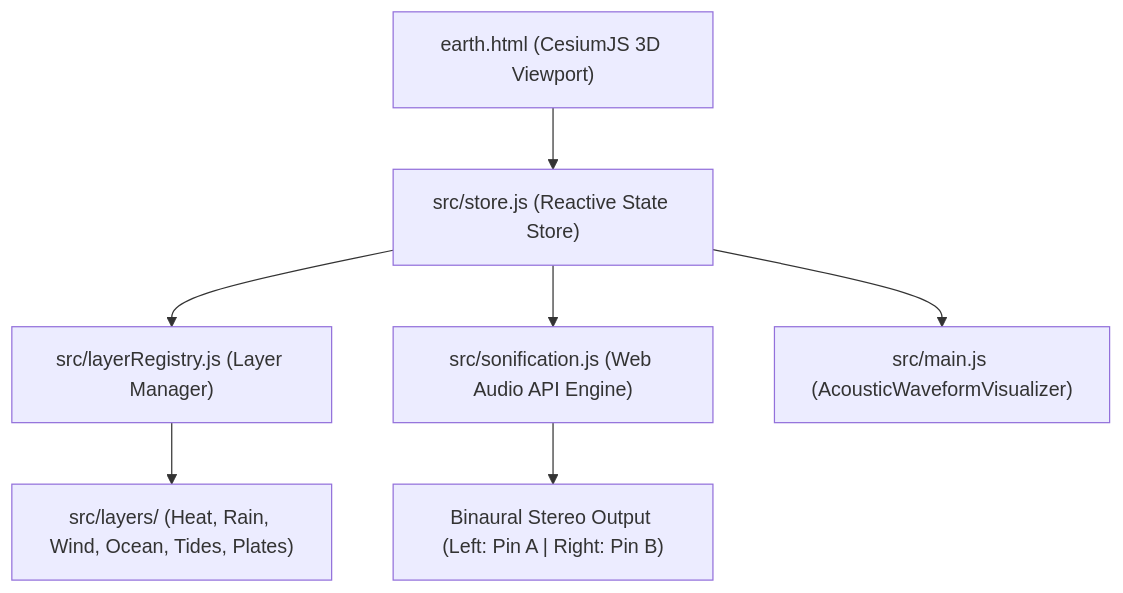
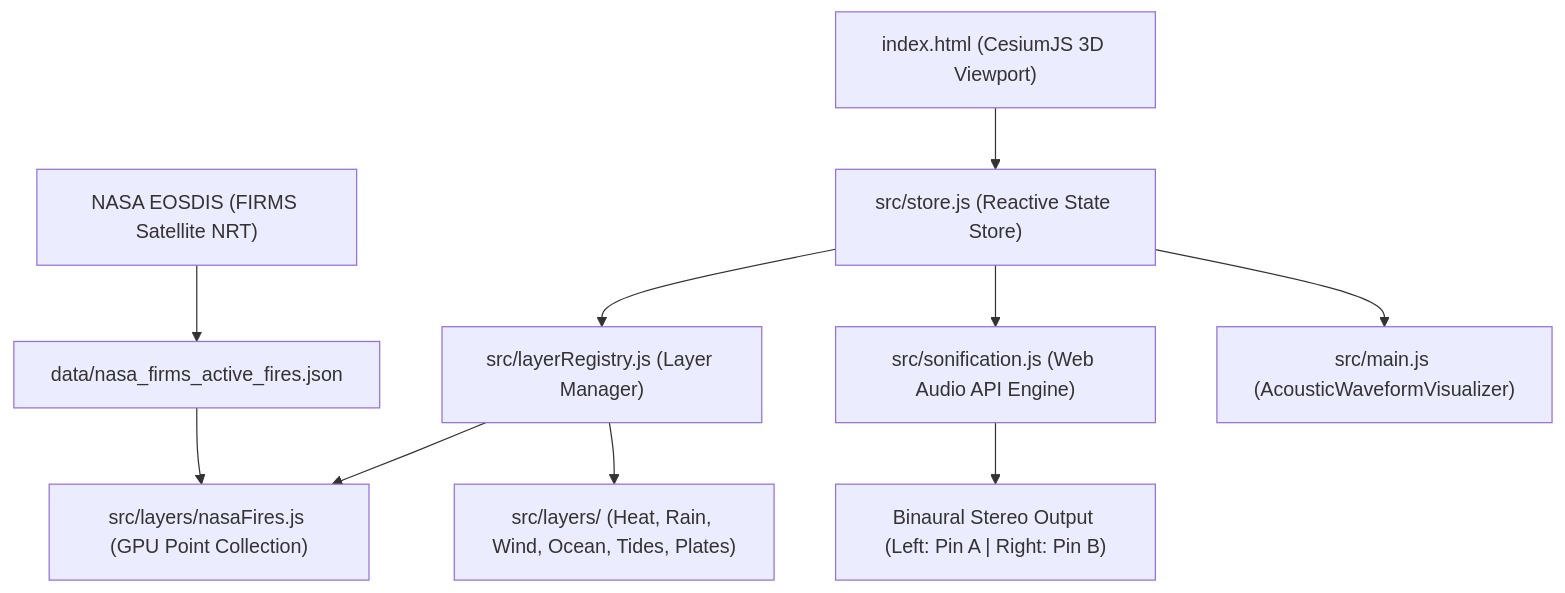
One commit to rakeshdintakurthi/earthjukebox changed the diagram in README.md. Above: the diagram before and after it, drawn with Mermaid. The commit also changed other lines of this file, not shown here.

Commit message:
docs: reupdate README with NASA EOSDIS FIRMS dataset documentation and pipelines

````diff
--- a/README.md
+++ b/README.md
@@ -124,9 +182,12 @@
 ```mermaid
 graph TD
-  UI["earth.html (CesiumJS 3D Viewport)"] --> Store["src/store.js (Reactive State Store)"]
+  NASA["NASA EOSDIS (FIRMS Satellite NRT)"] --> FireData["data/nasa_firms_active_fires.json"]
+  FireData --> FireLayer["src/layers/nasaFires.js (GPU Point Collection)"]
+  UI["index.html (CesiumJS 3D Viewport)"] --> Store["src/store.js (Reactive State Store)"]
   Store --> Reg["src/layerRegistry.js (Layer Manager)"]
+  Reg --> FireLayer
   Reg --> Layers["src/layers/ (Heat, Rain, Wind, Ocean, Tides, Plates)"]
   Store --> Soni["src/sonification.js (Web Audio API Engine)"]
   Soni --> AudioOut["Binaural Stereo Output (Left: Pin A | Right: Pin B)"]
   Store --> Osc["src/main.js (AcousticWaveformVisualizer)"]
 ```
````
